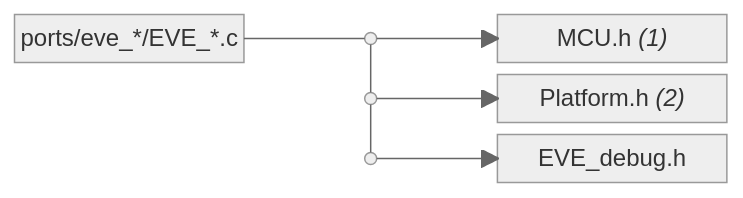
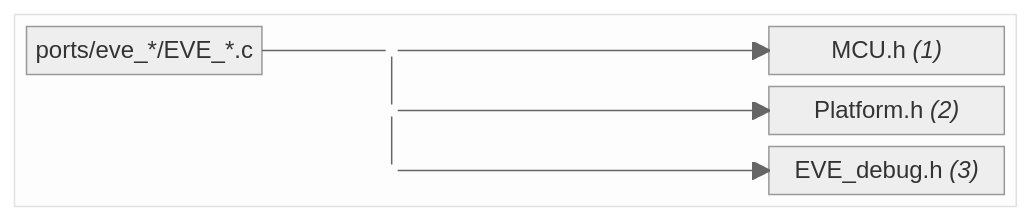
Before and after one commit to Bridgetek/Eve-MCU-Dev: the eighth of 11 diagrams in README.md, drawn with Mermaid (neutral theme). The commit also changed other lines of this file, not shown here.

````diff
--- a/README.md
+++ b/README.md
@@ -405,14 +422,25 @@
 ```mermaid
 block
   columns 3
-  A1["ports/eve_*/EVE_*.c"] X1((" "))   B1["MCU.h <i>(1)</i>"]
-  space                     X2((" "))   B2["Platform.h <i>(2)</i>"]
-  space                     X3((" "))   B3["EVE_debug.h"]
+  block:PORT[" "]:3
+    columns 4
 
-  A1 --- X1
-  X1 --- X2
-  X2 --- X3
-  X1 --> B1
-  X2 --> B2
-  X3 --> B3
+    A1["ports/eve_*/EVE_*.c"] X1((" ")) space B1["MCU.h <i>(1)</i>"]
+    space                    X2((" ")) space B2["Platform.h <i>(2)</i>"]
+    space                    X3((" ")) space B3["EVE_debug.h <i>(3)</i>"]
+
+    A1 --- X1
+
+    X1 --- X2
+    X2 --- X3
+
+    X1 --> B1
+    X2 --> B2
+    X3 --> B3
+
+  end  
+
+  style X1 fill:none,stroke:none
+  style X2 fill:none,stroke:none
+  style X3 fill:none,stroke:none
 ```
````
